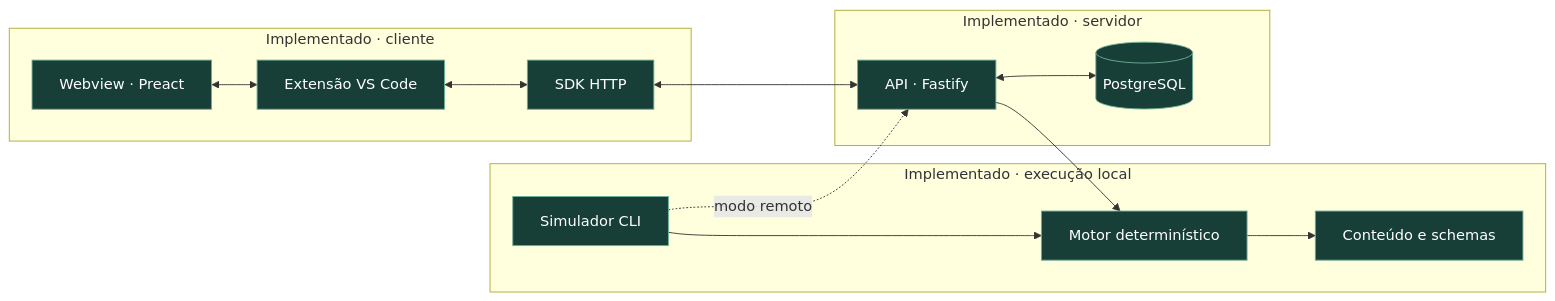
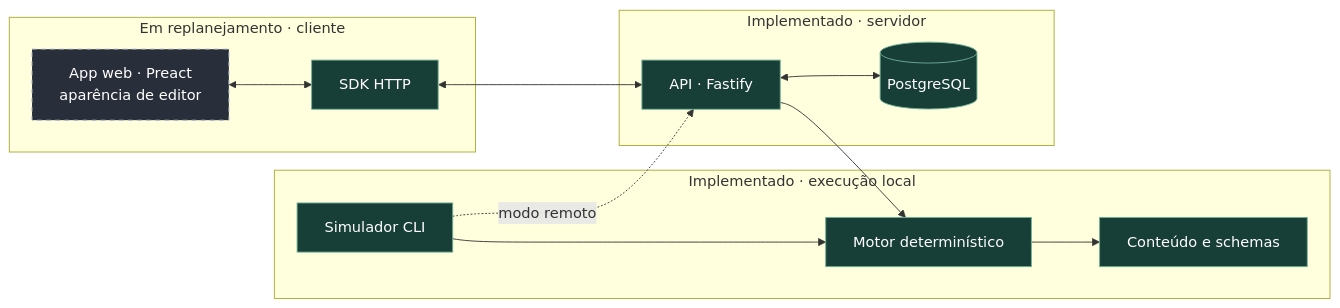
One commit to gustavopals/pals-vscode-game changed the diagram in README.md. Above: the diagram before and after it, drawn with Mermaid. The commit also changed other lines of this file and 6 other files, not shown here.

First line of the commit message:
Replanejar o cliente: app web com aparência de editor em vez de extensão do VS Code

````diff
--- a/README.md
+++ b/README.md
@@ -93,20 +93,20 @@
 ```mermaid
 flowchart LR
     subgraph local["Implementado · execução local"]
         Sim["Simulador CLI"] --> Engine["Motor determinístico"]
         Engine --> Content["Conteúdo e schemas"]
     end
     subgraph server["Implementado · servidor"]
         API["API · Fastify"] <--> DB[("PostgreSQL")]
     end
-    subgraph client["Implementado · cliente"]
-        UI["Webview · Preact"] <--> Ext["Extensão VS Code"]
-        Ext <--> SDK["SDK HTTP"]
+    subgraph client["Em replanejamento · cliente"]
+        Web["App web · Preact<br/>aparência de editor"] <--> SDK["SDK HTTP"]
     end
     SDK <--> API
     Sim -. "modo remoto" .-> API
     API --> Engine
     classDef ready fill:#173e37,stroke:#6eaf96,color:#fff
     classDef planned fill:#292e3b,stroke:#9aa6bf,color:#fff,stroke-dasharray:5 5
-    class Sim,Engine,Content,API,DB,UI,Ext,SDK ready
+    class Sim,Engine,Content,API,DB,SDK ready
+    class Web planned
 ```
````
